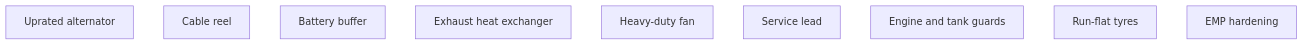
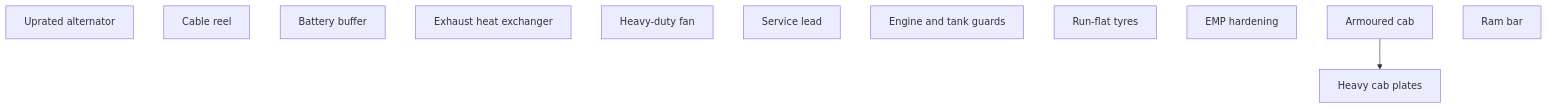
Before and after one commit to phobos-dthorga/phobos-rimworld: the second of 2 diagrams in docs/development/vehicle-generator-set.md, drawn with Mermaid. The commit also changed 127 other files, not shown here.

````diff
--- a/docs/development/vehicle-generator-set.md
+++ b/docs/development/vehicle-generator-set.md
@@ -228,12 +228,16 @@
 ```mermaid
 flowchart TB
   BiggerAlternator["Uprated alternator"]
   CableReel["Cable reel"]
   BatteryBuffer["Battery buffer"]
   HeatRecovery["Exhaust heat exchanger"]
   HeavyFan["Heavy-duty fan"]
   PhobosServiceLead["Service lead"]
   PhobosEngineGuards["Engine and tank guards"]
   PhobosRunFlatTyres["Run-flat tyres"]
   PhobosEmpHardening["EMP hardening"]
+  PhobosArmouredCab["Armoured cab"]
+  PhobosRamBar["Ram bar"]
+  PhobosHeavyCabPlates["Heavy cab plates"]
+  PhobosArmouredCab --> PhobosHeavyCabPlates
 ```
````
